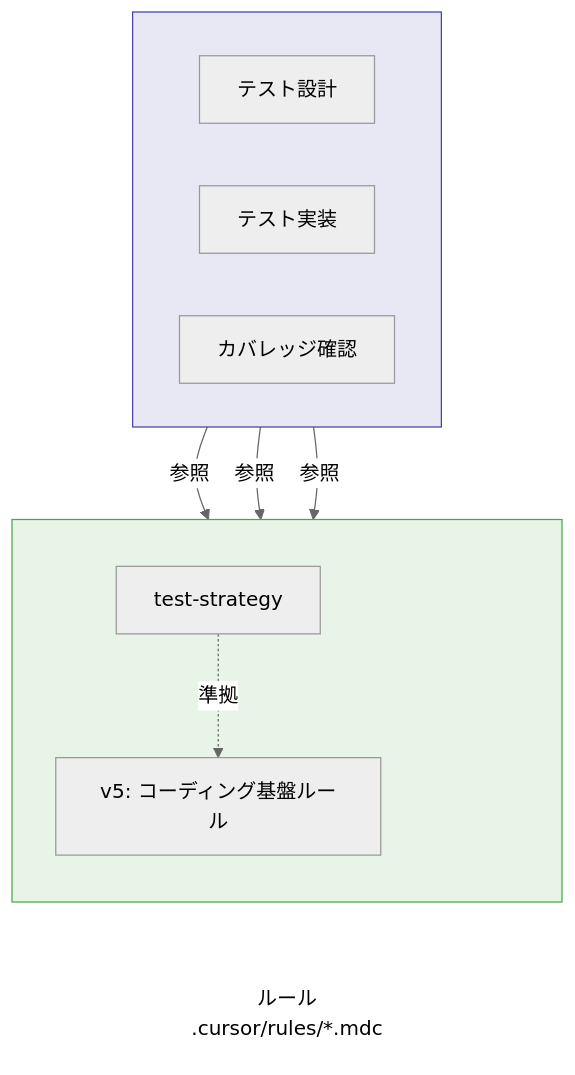
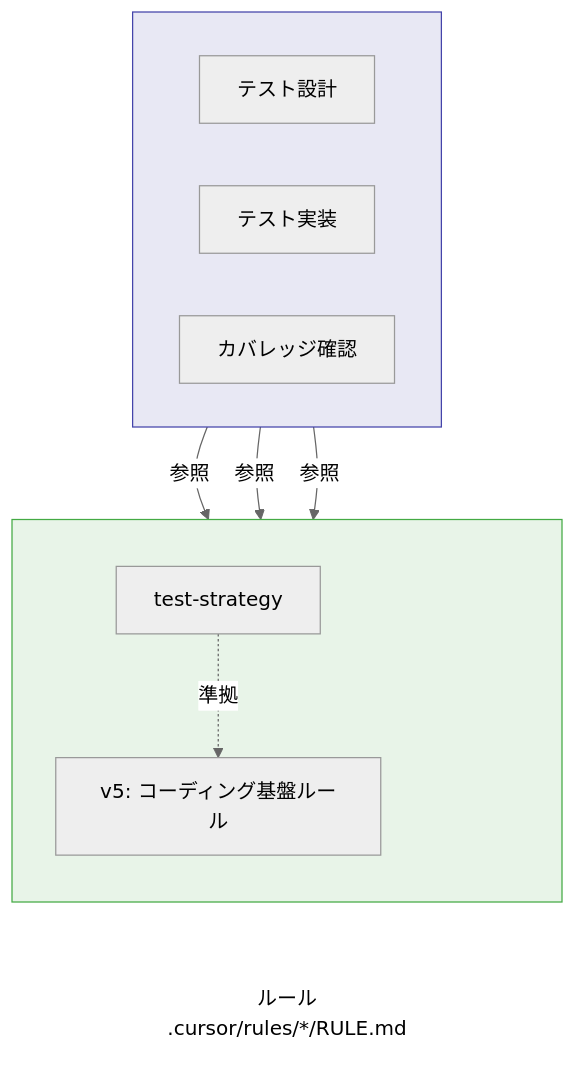
One commit to kinopeee/cursorrules changed the second of 2 diagrams in ja/doc/rules-and-workflows.md. Above: the diagram before and after it, drawn with Mermaid (neutral theme). The commit also changed other lines of this file and 35 other files, not shown here.

````diff
--- a/ja/doc/rules-and-workflows.md
+++ b/ja/doc/rules-and-workflows.md
@@ -122,35 +122,35 @@
 ```mermaid
 flowchart TB
     subgraph TestWork[" "]
         direction LR
         T1[テスト設計]
         T2[テスト実装]
         T3[カバレッジ確認]
     end
 
     subgraph TestRules[" "]
         direction TB
         TR1[test-strategy]
         space2[ ]
         V5T[v5: コーディング基盤ルール]
     end
     
-    RLabelT[ルール<br/>.cursor/rules/*.mdc]
+    RLabelT[ルール<br/>.cursor/rules/*/RULE.md]
 
     TestWork ~~~ TestRules
     TestRules ~~~ RLabelT
 
     T1 -->|参照| TR1
     T2 -->|参照| TR1
     T3 -->|参照| TR1
     
     TR1 -.->|準拠| V5T
 
     style TestWork fill:#e8e8f4,stroke:#44a
     style TestRules fill:#e8f4e8,stroke:#4a4
     style RLabelT fill:none,stroke:none
     style space2 fill:none,stroke:none
     
     linkStyle 0 stroke:none
     linkStyle 1 stroke:none
 ```
````
